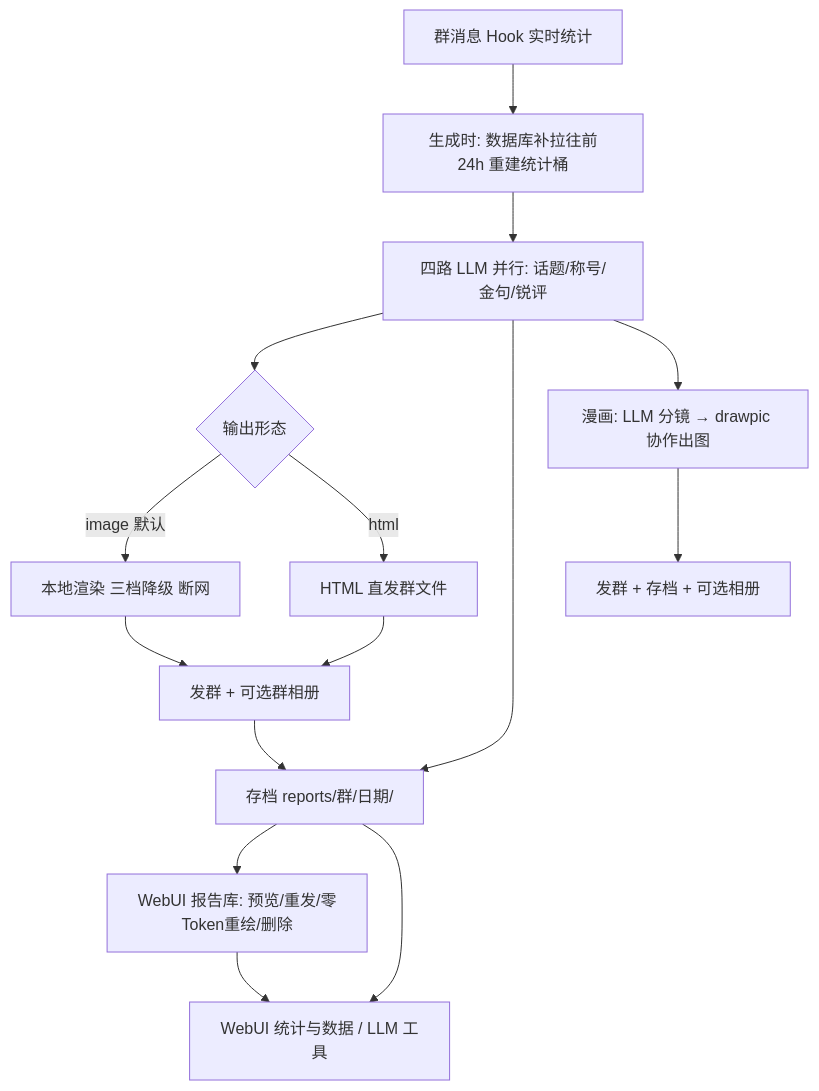
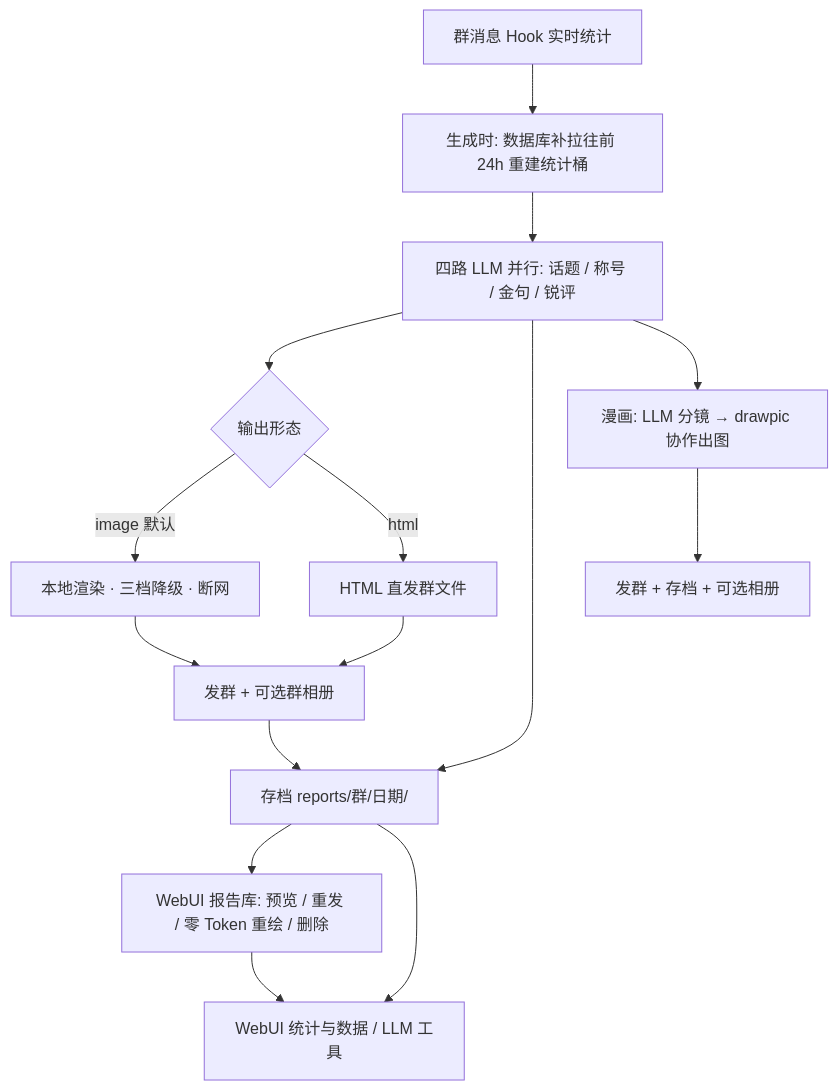
The diagram in README.md (NetaJuutilainen/Maibot_plugin_qq_group_daily_analysis), drawn with Mermaid before and after one commit. The commit also changed other lines of this file and 6 other files, not shown here.

Commit message:
docs: 美化 README、新增亮暗色自适应头图与漫画风格示例并附 QQ 交流群

````diff
--- a/README.md
+++ b/README.md
@@ -185,17 +237,17 @@
 ```mermaid
 flowchart TD
-  A[群消息 Hook 实时统计] --> B[生成时: 数据库补拉往前24h 重建统计桶]
-  B --> C[四路 LLM 并行: 话题/称号/金句/锐评]
+  A[群消息 Hook 实时统计] --> B[生成时: 数据库补拉往前 24h 重建统计桶]
+  B --> C[四路 LLM 并行: 话题 / 称号 / 金句 / 锐评]
   C --> D{输出形态}
-  D -->|image 默认| E[本地渲染 三档降级 断网]
+  D -->|image 默认| E[本地渲染 · 三档降级 · 断网]
   D -->|html| F[HTML 直发群文件]
   E --> G[发群 + 可选群相册]
   F --> G
   C --> H[存档 reports/群/日期/]
   G --> H
-  H --> I[WebUI 报告库: 预览/重发/零Token重绘/删除]
+  H --> I[WebUI 报告库: 预览 / 重发 / 零 Token 重绘 / 删除]
   C --> J[漫画: LLM 分镜 → drawpic 协作出图]
   J --> K[发群 + 存档 + 可选相册]
   I --> L[WebUI 统计与数据 / LLM 工具]
   H --> L
 ```
````
